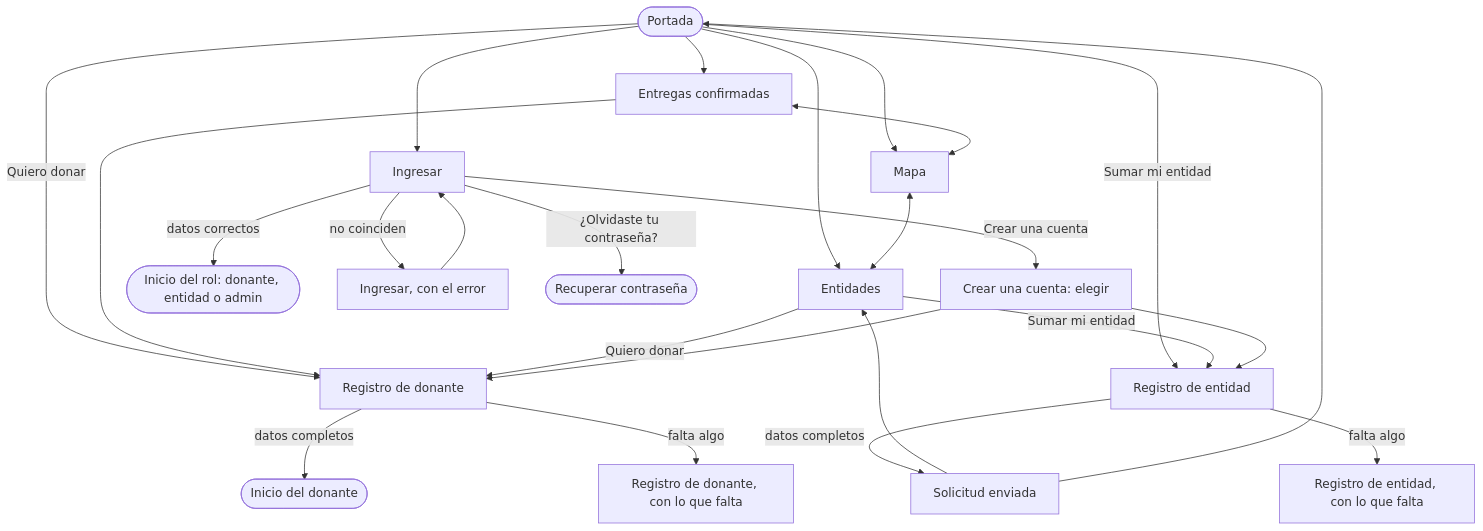
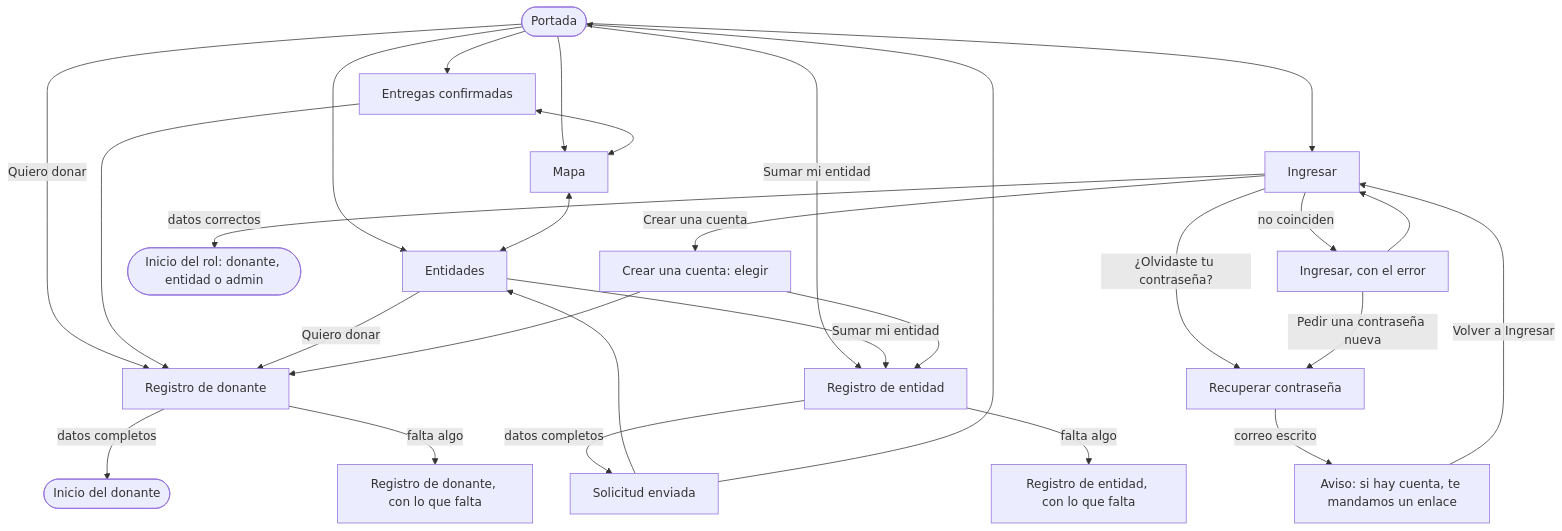
The diagram in docs/interfaz/flujos/raices-publico-navegable.md (tsorren/DonaTrack-TP-DDS), drawn with Mermaid before and after one commit. The commit also changed other lines of this file and 33 other files, not shown here.

````diff
--- a/docs/interfaz/flujos/raices-publico-navegable.md
+++ b/docs/interfaz/flujos/raices-publico-navegable.md
@@ -53,27 +55,30 @@
 ```mermaid
 flowchart TD
   portada([Portada]) --> donaciones[Entregas confirmadas]
   portada --> mapa[Mapa]
   portada --> entidades[Entidades]
   portada -->|Quiero donar| regDonante[Registro de donante]
   portada -->|Sumar mi entidad| regEntidad[Registro de entidad]
   portada --> ingresar[Ingresar]
   donaciones <--> mapa
   mapa <--> entidades
   donaciones --> regDonante
   entidades -->|Quiero donar| regDonante
   entidades -->|Sumar mi entidad| regEntidad
   ingresar -->|Crear una cuenta| registro[Crear una cuenta: elegir]
   registro --> regDonante
   registro --> regEntidad
   ingresar -->|datos correctos| inicioRol([Inicio del rol: donante, entidad o admin])
   ingresar -->|no coinciden| ingresarError[Ingresar, con el error]
   ingresarError --> ingresar
-  ingresar -->|¿Olvidaste tu contraseña?| recuperar([Recuperar contraseña])
+  ingresar -->|¿Olvidaste tu contraseña?| recuperar[Recuperar contraseña]
+  ingresarError -->|Pedir una contraseña nueva| recuperar
+  recuperar -->|correo escrito| recuperarEnviado[Aviso: si hay cuenta, te mandamos un enlace]
+  recuperarEnviado -->|Volver a Ingresar| ingresar
   regDonante -->|datos completos| inicioDonante([Inicio del donante])
   regDonante -->|falta algo| regDonanteError[Registro de donante, con lo que falta]
   regEntidad -->|datos completos| enviada[Solicitud enviada]
   regEntidad -->|falta algo| regEntidadError[Registro de entidad, con lo que falta]
   enviada --> entidades
   enviada --> portada
 ```
````
